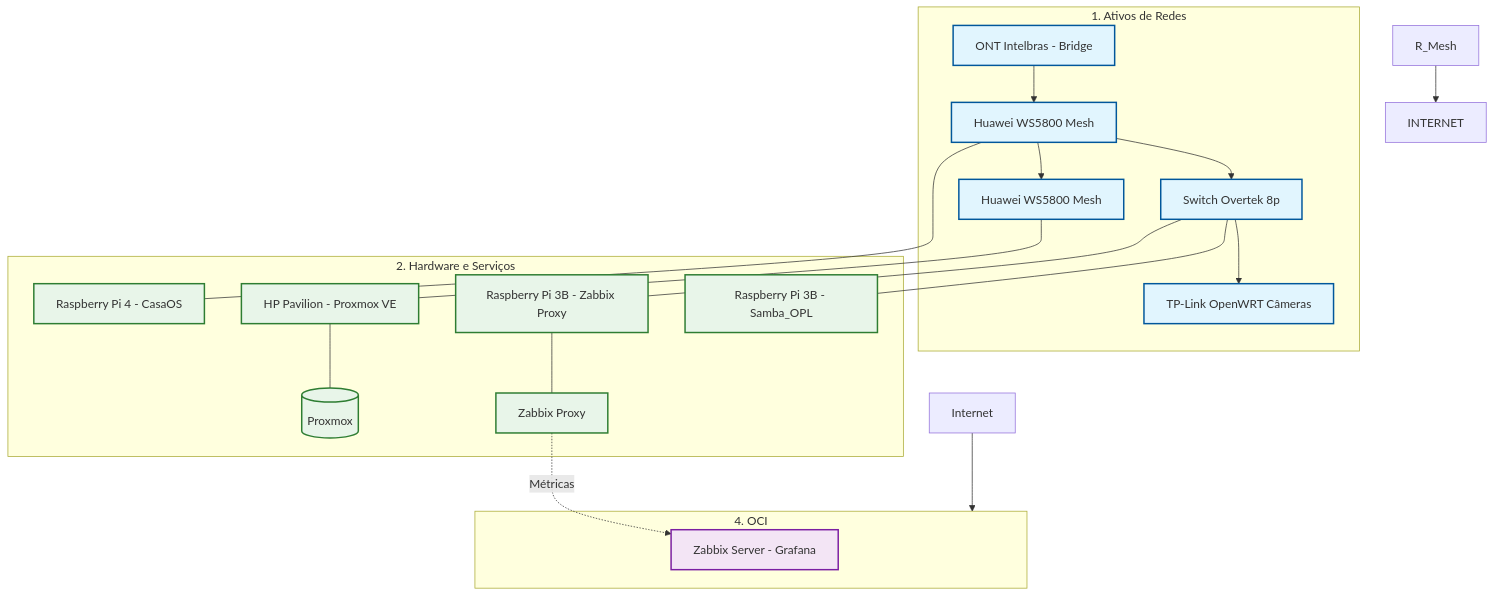
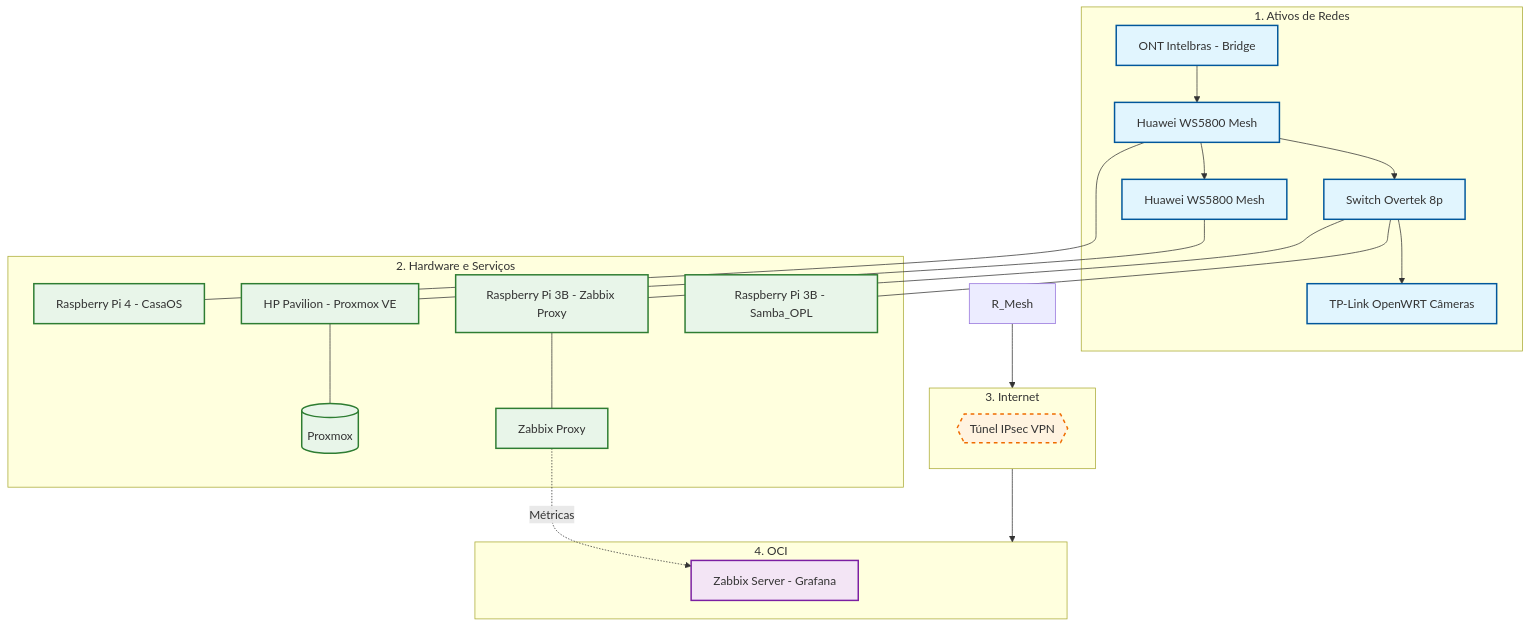
The diagram in Infraestructure/README.md (kevindexter22/Dr-Hardware-Autonet), drawn with Mermaid before and after one commit.

````diff
--- a/Infraestructure/README.md
+++ b/Infraestructure/README.md
@@ -13,42 +13,47 @@
 ```mermaid
 graph TD
     %% Estilos
     classDef rede fill:#e1f5fe,stroke:#01579b,stroke-width:2px;
     classDef hardware fill:#e8f5e9,stroke:#2e7d32,stroke-width:2px;
     classDef tunel fill:#fff3e0,stroke:#ef6c00,stroke-width:2px,stroke-dasharray: 5 5;
     classDef oci fill:#f3e5f5,stroke:#7b1fa2,stroke-width:2px;
 
     %% 1. ATIVOS DE REDE
     subgraph S1 [1. Ativos de Redes]
         ONT[ONT Intelbras - Bridge]:::rede --> R_Mesh1[Huawei WS5800 Mesh]:::rede
         R_Mesh1 --> SW1[Switch Overtek 8p]:::rede
         R_Mesh1 --> R_Mesh2[Huawei WS5800 Mesh]:::rede
         SW1 --> R_Cams[TP-Link OpenWRT Câmeras]:::rede
                 
     end
 
     %% 2. HARDWARE E SERVIÇOS
     subgraph S2 [2. Hardware e Serviços]
         R_Mesh1 --- RPi4[Raspberry Pi 4 - CasaOS]:::hardware
         SW1 --- RPi3_1[Raspberry Pi 3B - Samba_OPL]:::hardware
         SW1 --- RPi3_2[Raspberry Pi 3B - Zabbix Proxy]:::hardware
         R_Mesh2 --- HP[HP Pavilion - Proxmox VE]:::hardware
         
         
         RPi3_2 --- ZP[Zabbix Proxy]:::hardware
         HP --- PVE[(Proxmox)]:::hardware
     end
 
+    %% 3. Internet (A PONTE)
+    subgraph S3 [3. Internet]
+        VPN{{"Túnel IPsec VPN"}}:::tunel
+    end
+
     %% 4. OCI
     subgraph S4 [4. OCI]
         ZS[Zabbix Server - Grafana]:::oci
     end
 
     %% Conexões de Fluxo de Dados para manter a ordem
-    R_Mesh --> INTERNET
-    Internet --> S4
+    R_Mesh --> S3
+    S3 --> S4
     
     %% Relacionamentos lógicos (setas duplas para replicação)
     ZP -.-> |Métricas| ZS
 
 ```
````
